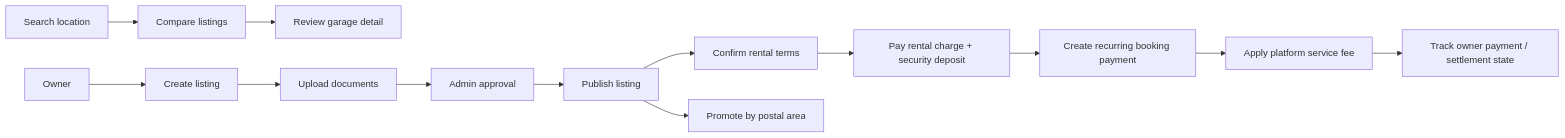
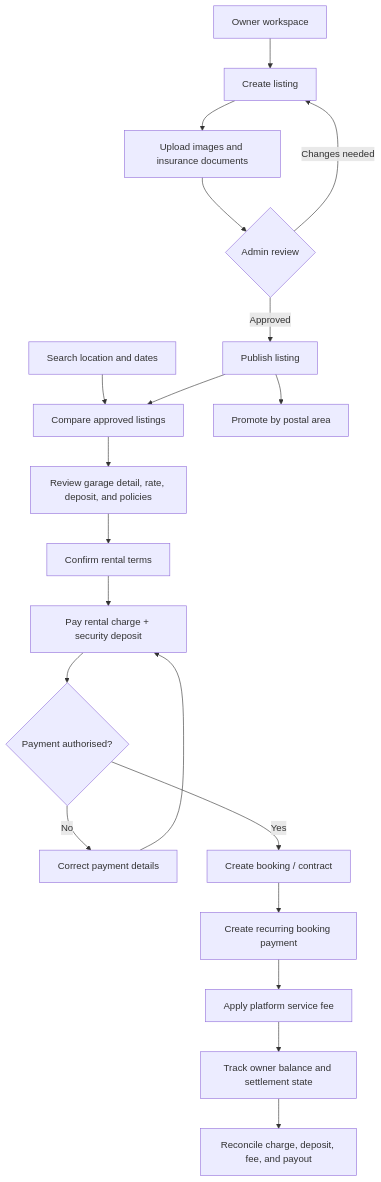
The diagram in docs/USER-FLOWS.md (kajolmehra/autolane-garage-marketplace), drawn with Mermaid before and after one commit. The commit also changed 1 other file, not shown here.

````diff
--- a/docs/USER-FLOWS.md
+++ b/docs/USER-FLOWS.md
@@ -3,15 +3,23 @@
 ```mermaid
-flowchart LR
-    Visitor[Search location] --> Listings[Compare listings]
-    Listings --> Detail[Review garage detail]
-    Owner[Owner] --> Listing[Create listing]
-    Listing --> Documents[Upload documents]
-    Documents --> Approval[Admin approval]
-    Approval --> Live[Publish listing]
-    Live --> Booking[Confirm rental terms]
-    Booking --> Checkout[Pay rental charge + security deposit]
-    Checkout --> Recurring[Create recurring booking payment]
+flowchart TB
+    Visitor[Search location and dates] --> Listings[Compare approved listings]
+    Listings --> Detail[Review garage detail, rate, deposit, and policies]
+    Detail --> Terms[Confirm rental terms]
+    Terms --> Checkout[Pay rental charge + security deposit]
+    Checkout --> Authorised{Payment authorised?}
+    Authorised -->|No| Retry[Correct payment details]
+    Retry --> Checkout
+    Authorised -->|Yes| Booking[Create booking / contract]
+    Booking --> Recurring[Create recurring booking payment]
     Recurring --> Commission[Apply platform service fee]
-    Commission --> OwnerPayment[Track owner payment / settlement state]
+    Commission --> OwnerPayment[Track owner balance and settlement state]
+    OwnerPayment --> Reconcile[Reconcile charge, deposit, fee, and payout]
+
+    Owner[Owner workspace] --> Listing[Create listing]
+    Listing --> Documents[Upload images and insurance documents]
+    Documents --> Approval{Admin review}
+    Approval -->|Approved| Live[Publish listing]
+    Approval -->|Changes needed| Listing
+    Live --> Listings
     Live --> Payment[Promote by postal area]
 ```
````
